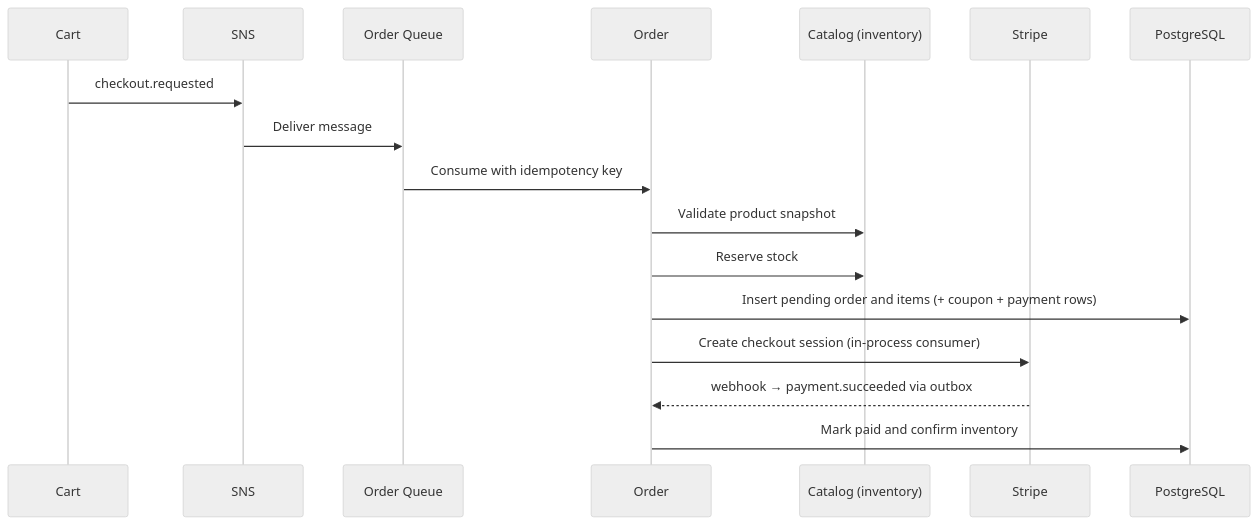
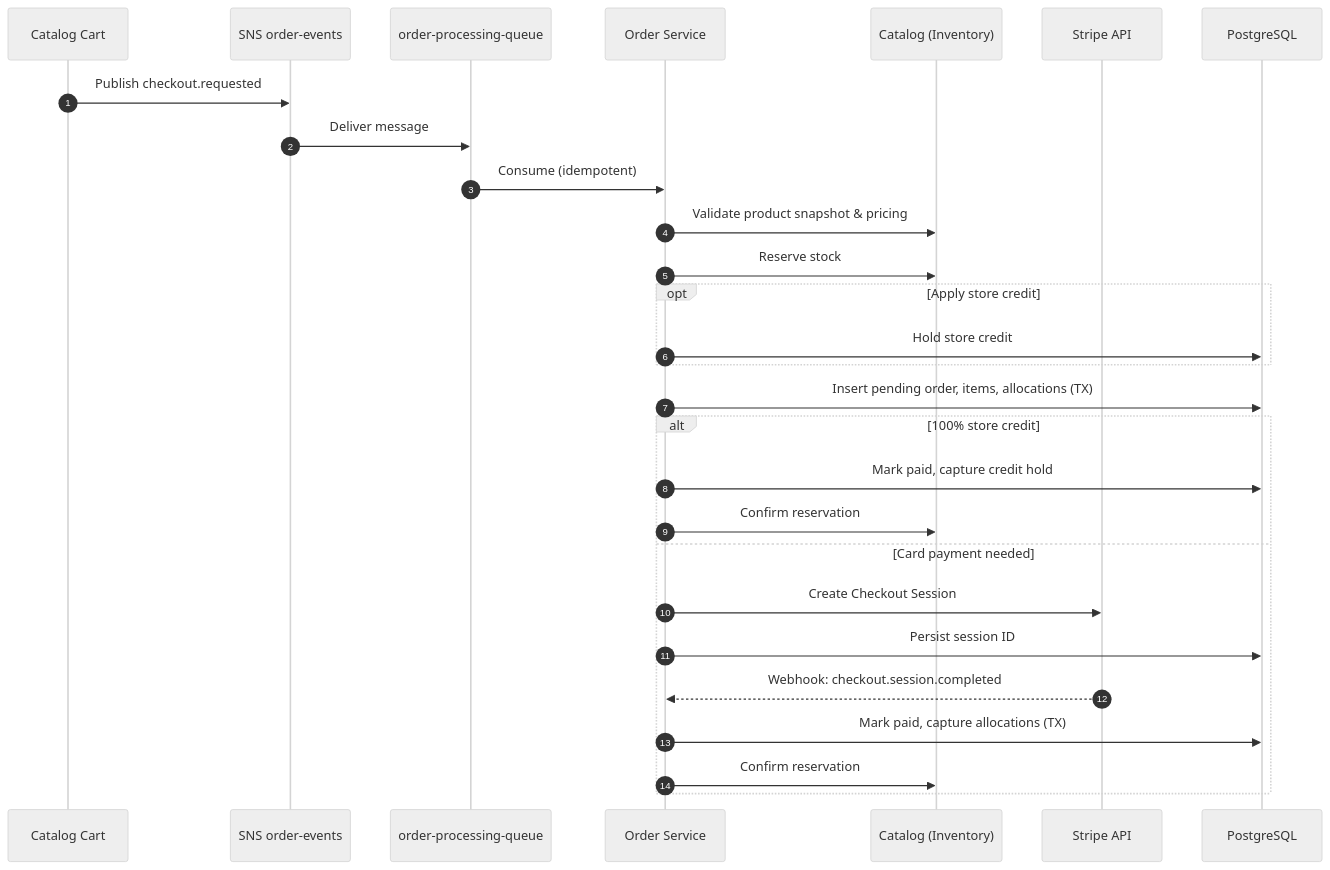
Before and after one commit to yashrajoria/E-Commerce-backend: the second of 2 diagrams in backend/services/order-service/README.md, drawn with Mermaid (neutral theme). The commit also changed other lines of this file and 11 other files, not shown here.

````diff
--- a/backend/services/order-service/README.md
+++ b/backend/services/order-service/README.md
@@ -34,20 +61,31 @@
 ```mermaid
 sequenceDiagram
-  participant Cart
-  participant SNS
-  participant CheckoutQ as Order Queue
-  participant Order
-  participant Inventory as Catalog (inventory)
-  participant Stripe
+  autonumber
+  participant Cart as Catalog Cart
+  participant SNS as SNS order-events
+  participant Queue as order-processing-queue
+  participant Order as Order Service
+  participant Catalog as Catalog (Inventory)
+  participant Stripe as Stripe API
   participant DB as PostgreSQL
 
-  Cart->>SNS: checkout.requested
-  SNS->>CheckoutQ: Deliver message
-  CheckoutQ->>Order: Consume with idempotency key
-  Order->>Inventory: Validate product snapshot
-  Order->>Inventory: Reserve stock
-  Order->>DB: Insert pending order and items (+ coupon + payment rows)
-  Order->>Stripe: Create checkout session (in-process consumer)
-  Stripe-->>Order: webhook → payment.succeeded via outbox
-  Order->>DB: Mark paid and confirm inventory
+  Cart->>SNS: Publish checkout.requested
+  SNS->>Queue: Deliver message
+  Queue->>Order: Consume (idempotent)
+  Order->>Catalog: Validate product snapshot & pricing
+  Order->>Catalog: Reserve stock
+  opt Apply store credit
+    Order->>DB: Hold store credit
+  end
+  Order->>DB: Insert pending order, items, allocations (TX)
+  alt 100% store credit
+    Order->>DB: Mark paid, capture credit hold
+    Order->>Catalog: Confirm reservation
+  else Card payment needed
+    Order->>Stripe: Create Checkout Session
+    Order->>DB: Persist session ID
+    Stripe-->>Order: Webhook: checkout.session.completed
+    Order->>DB: Mark paid, capture allocations (TX)
+    Order->>Catalog: Confirm reservation
+  end
 ```
````
